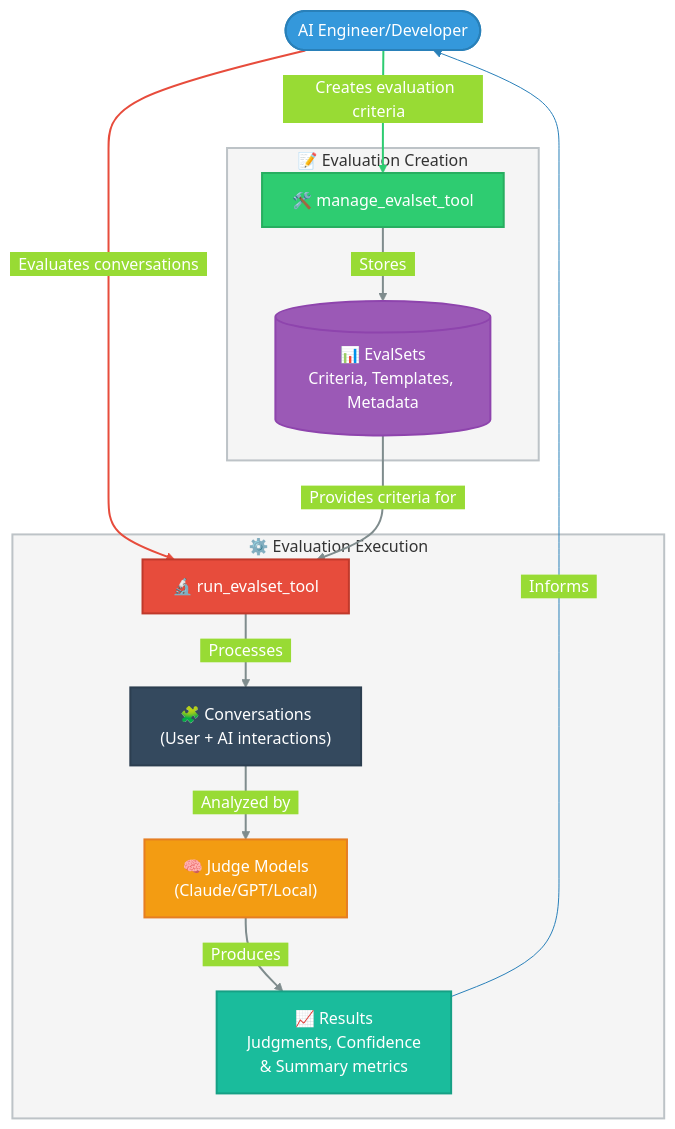
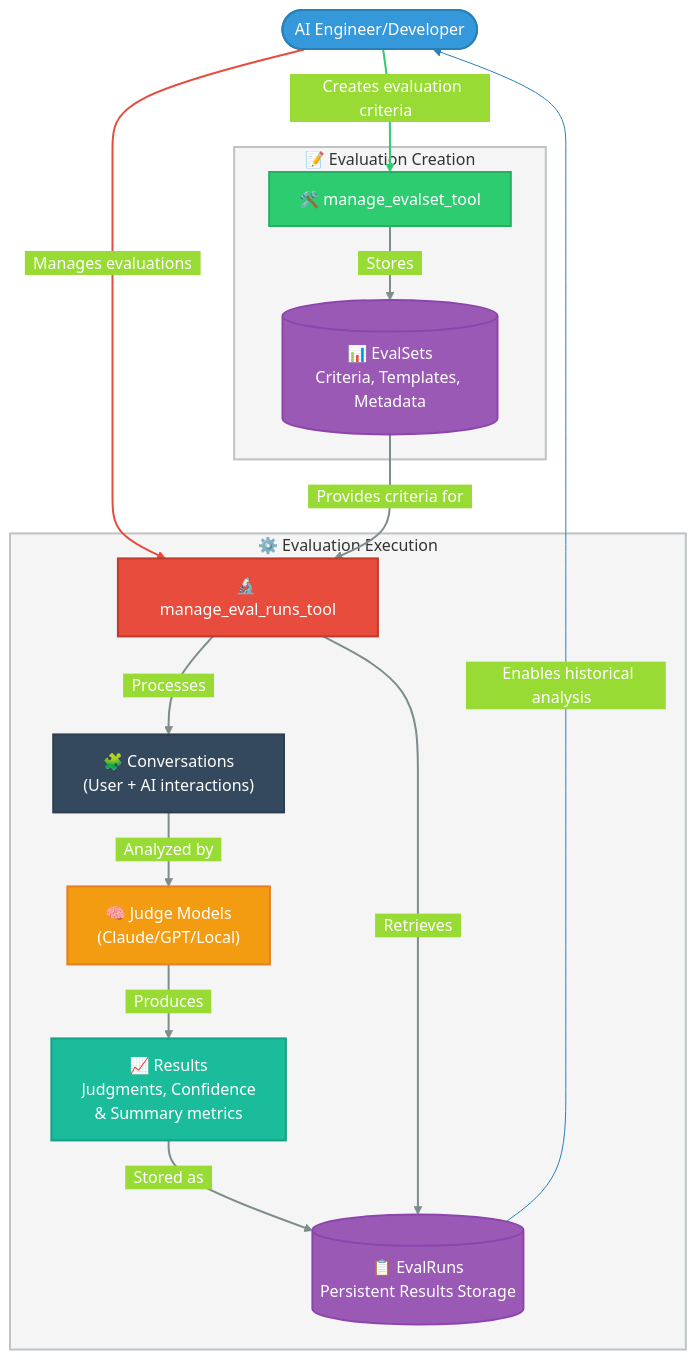
The first of 2 diagrams in README.md (ericflo/agentoptim), drawn with Mermaid before and after one commit. The commit also changed other lines of this file and 6 other files, not shown here.

First line of the commit message:
Implement persistent storage for evaluation results

````diff
--- a/README.md
+++ b/README.md
@@ -47,44 +145,46 @@
 ```mermaid
 %%{init: {'theme': 'base', 'themeVariables': { 'primaryColor': '#3498db', 'primaryTextColor': '#fff', 'lineColor': '#2980b9', 'tertiaryColor': '#f5f5f5'}}}%%
 flowchart TD
     User([AI Engineer/Developer]) --> |"&nbsp;&nbsp;Creates evaluation criteria&nbsp;&nbsp;"| A["🛠️ manage_evalset_tool"]
-    User --> |"&nbsp;&nbsp;Evaluates conversations&nbsp;&nbsp;"| B["🔬 run_evalset_tool"]
+    User --> |"&nbsp;&nbsp;Manages evaluations&nbsp;&nbsp;"| B["🔬 manage_eval_runs_tool"]
     
     subgraph Creation ["📝 Evaluation Creation"]
         A --> |"&nbsp;&nbsp;Stores&nbsp;&nbsp;"| C[("📊 EvalSets<br/>Criteria, Templates, Metadata")]
     end
     
     subgraph Execution ["⚙️ Evaluation Execution"]
         B --> |"&nbsp;&nbsp;Processes&nbsp;&nbsp;"| E["🧩 Conversations<br/>(User + AI interactions)"]
         E --> |"&nbsp;&nbsp;Analyzed by&nbsp;&nbsp;"| D["🧠 Judge Models<br/>(Claude/GPT/Local)"]
         D --> |"&nbsp;&nbsp;Produces&nbsp;&nbsp;"| F["📈 Results<br/>Judgments, Confidence<br/>& Summary metrics"]
+        F --> |"&nbsp;&nbsp;Stored as&nbsp;&nbsp;"| G[("📋 EvalRuns<br/>Persistent Results Storage")]
+        B --> |"&nbsp;&nbsp;Retrieves&nbsp;&nbsp;"| G
     end
     
     C --> |"&nbsp;&nbsp;Provides criteria for&nbsp;&nbsp;"| B
-    F --> |"&nbsp;&nbsp;Informs&nbsp;&nbsp;"| User
+    G --> |"&nbsp;&nbsp;Enables historical analysis&nbsp;&nbsp;"| User
     
     classDef primary fill:#3498db,stroke:#2980b9,color:white,stroke-width:2px;
     classDef tool1 fill:#2ecc71,stroke:#27ae60,color:white,stroke-width:2px;
     classDef tool2 fill:#e74c3c,stroke:#c0392b,color:white,stroke-width:2px;
     classDef storage fill:#9b59b6,stroke:#8e44ad,color:white,stroke-width:2px;
     classDef model fill:#f39c12,stroke:#e67e22,color:white,stroke-width:2px;
     classDef result fill:#1abc9c,stroke:#16a085,color:white,stroke-width:2px;
     classDef conversation fill:#34495e,stroke:#2c3e50,color:white,stroke-width:2px;
     classDef creation fill:#f5f5f5,stroke:#bdc3c7,color:#333,stroke-width:2px;
     classDef execution fill:#f5f5f5,stroke:#bdc3c7,color:#333,stroke-width:2px;
     
     class User primary;
     class A tool1;
     class B tool2;
-    class C storage;
+    class C,G storage;
     class D model;
     class F result;
     class E conversation;
     class Creation creation;
     class Execution execution;
 
     %% Add tooltip descriptions
     linkStyle 0 stroke:#2ecc71,stroke-width:2px;
     linkStyle 1 stroke:#e74c3c,stroke-width:2px;
-    linkStyle 2,3,4,5,6 stroke:#7f8c8d,stroke-width:2px;
+    linkStyle 2,3,4,5,6,7,8 stroke:#7f8c8d,stroke-width:2px;
 ```
````
